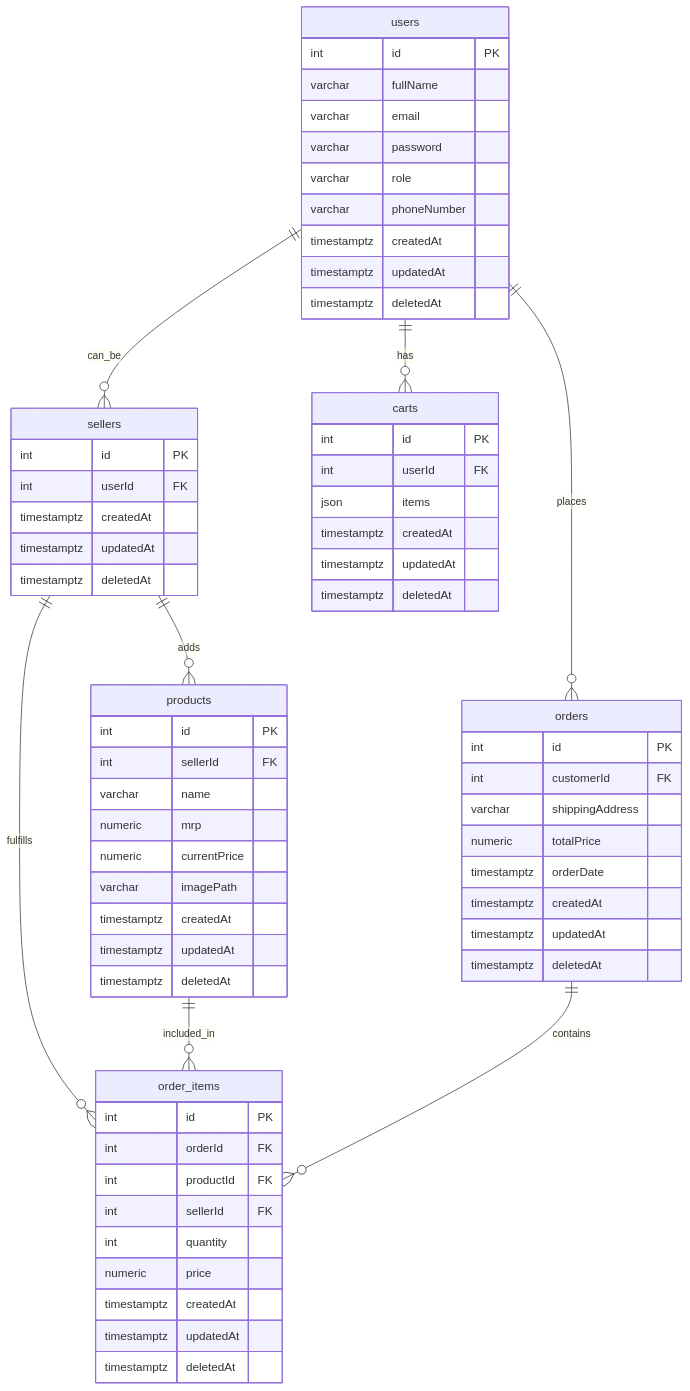
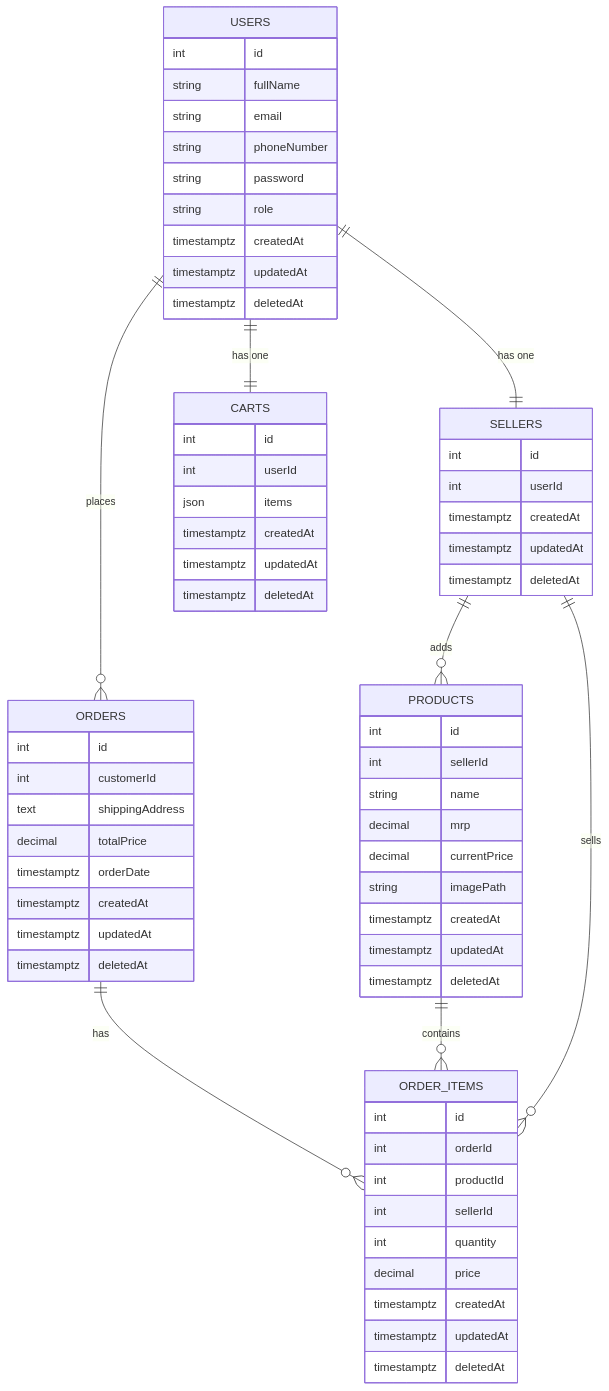
Before and after one commit to lovish-ab/grocery_delivery_docs: the diagram in docs/schema_design.md, drawn with Mermaid. The commit also changed 1 other file, not shown here.

````diff
--- a/docs/schema_design.md
+++ b/docs/schema_design.md
@@ -1,78 +1,75 @@
 ```mermaid
 erDiagram
 
-    users {
-        int id PK
-        varchar fullName
-        varchar email
-        varchar password
-        varchar role
-        varchar phoneNumber
+    USERS {
+        int id
+        string fullName
+        string email
+        string phoneNumber
+        string password
+        string role
         timestamptz createdAt
         timestamptz updatedAt
         timestamptz deletedAt
     }
 
-    sellers {
-        int id PK
-        int userId FK
+    SELLERS {
+        int id
+        int userId
         timestamptz createdAt
         timestamptz updatedAt
         timestamptz deletedAt
     }
 
-    products {
-        int id PK
-        int sellerId FK
-        varchar name
-        numeric mrp
-        numeric currentPrice
-        varchar imagePath
+    PRODUCTS {
+        int id
+        int sellerId
+        string name
+        decimal mrp
+        decimal currentPrice
+        string imagePath
         timestamptz createdAt
         timestamptz updatedAt
         timestamptz deletedAt
     }
 
-    carts {
-        int id PK
-        int userId FK
+    ORDERS {
+        int id
+        int customerId
+        text shippingAddress
+        decimal totalPrice
+        timestamptz orderDate
+        timestamptz createdAt
+        timestamptz updatedAt
+        timestamptz deletedAt
+    }
+
+    ORDER_ITEMS {
+        int id
+        int orderId
+        int productId
+        int sellerId
+        int quantity
+        decimal price
+        timestamptz createdAt
+        timestamptz updatedAt
+        timestamptz deletedAt
+    }
+
+    CARTS {
+        int id
+        int userId
         json items
         timestamptz createdAt
         timestamptz updatedAt
         timestamptz deletedAt
     }
 
-    orders {
-        int id PK
-        int customerId FK
-        varchar shippingAddress
-        numeric totalPrice
-        timestamptz orderDate
-        timestamptz createdAt
-        timestamptz updatedAt
-        timestamptz deletedAt
-    }
-
-    order_items {
-        int id PK
-        int orderId FK
-        int productId FK
-        int sellerId FK
-        int quantity
-        numeric price
-        timestamptz createdAt
-        timestamptz updatedAt
-        timestamptz deletedAt
-    }
-
-    %% relationships
-    users ||--o{ sellers : "can_be"
-    users ||--o{ carts : "has"
-    users ||--o{ orders : "places"
-
-    sellers ||--o{ products : "adds"
-    sellers ||--o{ order_items : "fulfills"
-
-    products ||--o{ order_items : "included_in"
-    orders ||--o{ order_items : "contains"
+    USERS ||--|| SELLERS : "has one"
+    USERS ||--|| CARTS   : "has one"
+    SELLERS ||--o{ PRODUCTS    : "adds"
+    USERS   ||--o{ ORDERS      : "places"
+    ORDERS  ||--o{ ORDER_ITEMS : "has"
+    PRODUCTS||--o{ ORDER_ITEMS : "contains"
+    SELLERS ||--o{ ORDER_ITEMS : "sells"
 ```
````
